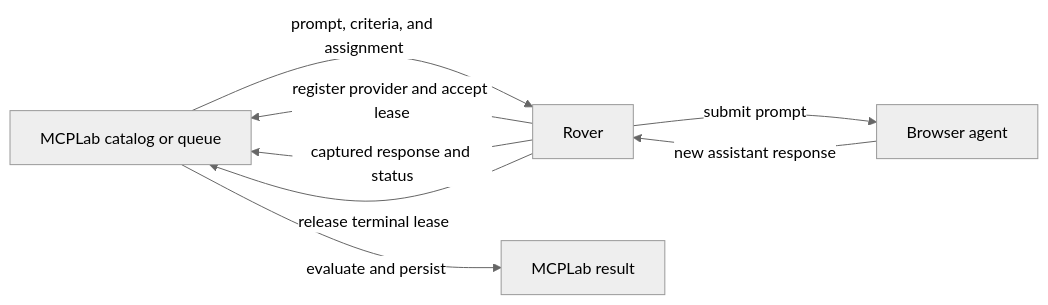
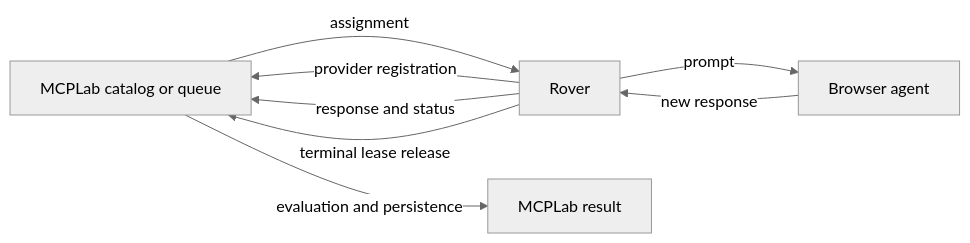
One commit to inspectr-hq/mcplab-rover changed the diagram in README.md. Above: the diagram before and after it, drawn with Mermaid (neutral theme). The commit also changed other lines of this file, not shown here.

````diff
--- a/README.md
+++ b/README.md
@@ -121,10 +123,10 @@
 ```mermaid
 flowchart LR
-    A[MCPLab catalog or queue] -->|prompt, criteria, and assignment| B[Rover]
-    B -->|register provider and accept lease| A
-    B -->|submit prompt| C[Browser agent]
-    C -->|new assistant response| B
-    B -->|captured response and status| A
-    A -->|evaluate and persist| D[MCPLab result]
-    B -->|release terminal lease| A
+    A["MCPLab catalog or queue"] -->|assignment| B["Rover"]
+    B -->|provider registration| A
+    B -->|prompt| C["Browser agent"]
+    C -->|new response| B
+    B -->|response and status| A
+    A -->|evaluation and persistence| D["MCPLab result"]
+    B -->|terminal lease release| A
 ```
````
